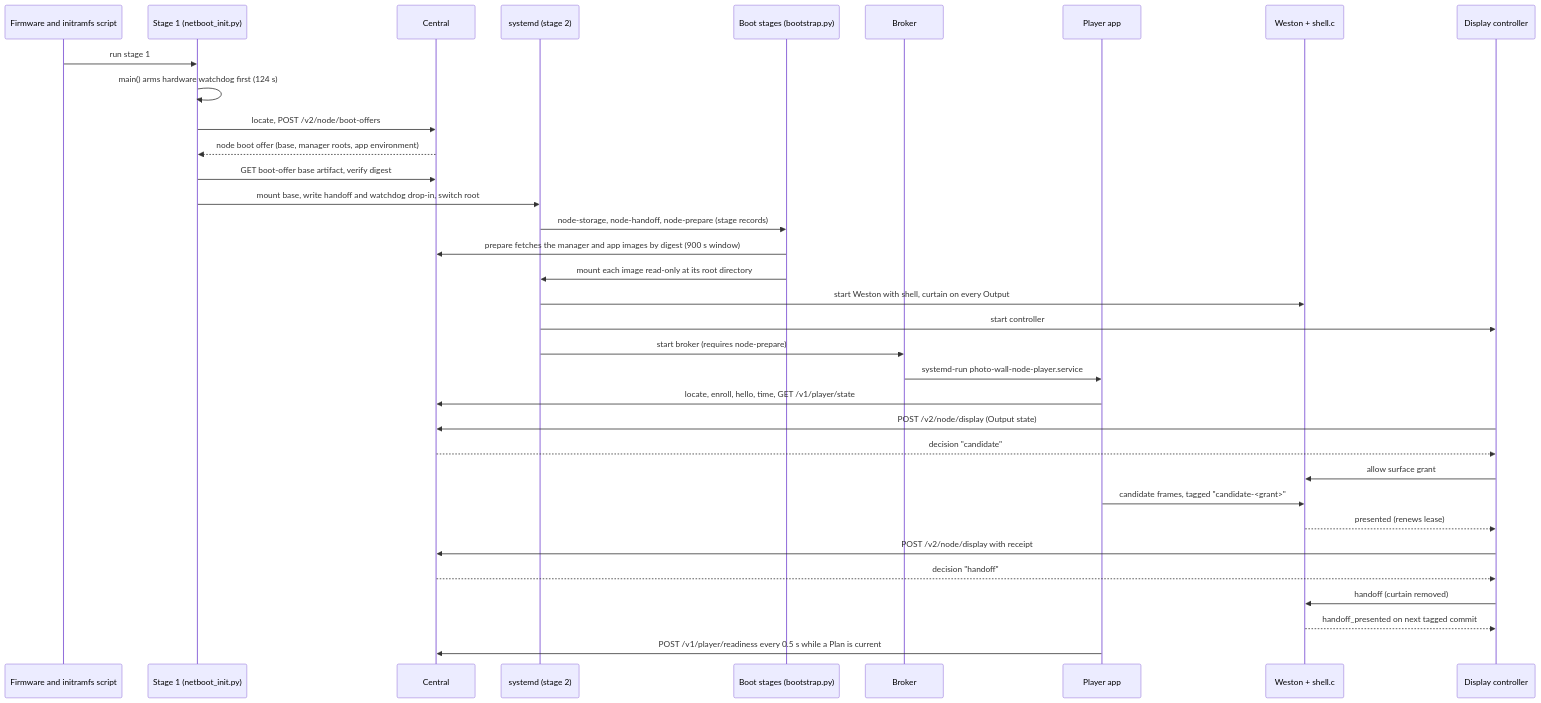
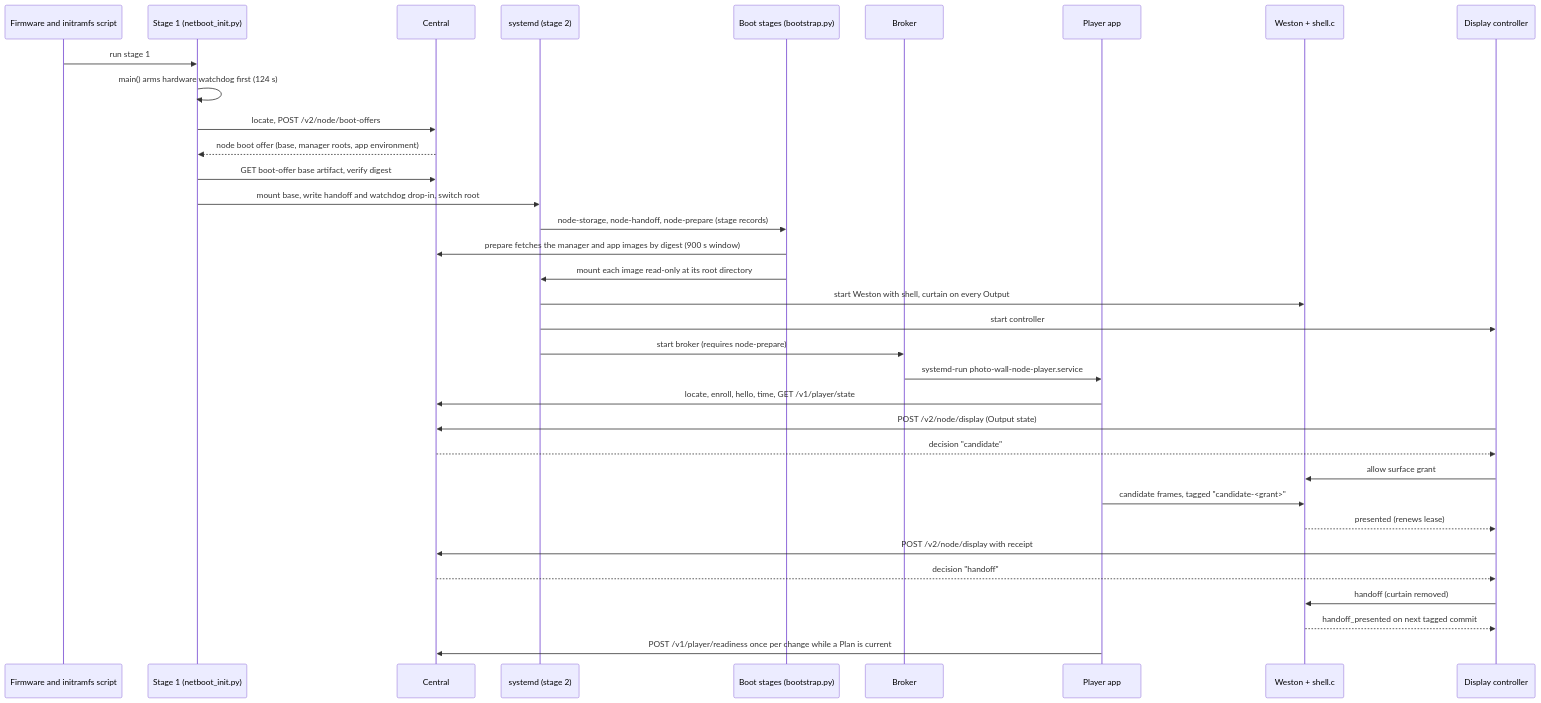
The second of 6 diagrams in docs/player-architecture.md (mcurcio/photo-wall), drawn with Mermaid before and after one commit. The commit also changed other lines of this file and 32 other files, not shown here.

````diff
--- a/docs/player-architecture.md
+++ b/docs/player-architecture.md
@@ -89,36 +89,36 @@
 ```mermaid
 sequenceDiagram
     participant FW as Firmware and initramfs script
     participant S1 as Stage 1 (netboot_init.py)
     participant C as Central
     participant PID1 as systemd (stage 2)
     participant BS as Boot stages (bootstrap.py)
     participant BR as Broker
     participant PL as Player app
     participant SH as Weston + shell.c
     participant DC as Display controller
     FW->>S1: run stage 1
     S1->>S1: main() arms hardware watchdog first (124 s)
     S1->>C: locate, POST /v2/node/boot-offers
     C-->>S1: node boot offer (base, manager roots, app environment)
     S1->>C: GET boot-offer base artifact, verify digest
     S1->>PID1: mount base, write handoff and watchdog drop-in, switch root
     PID1->>BS: node-storage, node-handoff, node-prepare (stage records)
     BS->>C: prepare fetches the manager and app images by digest (900 s window)
     BS->>PID1: mount each image read-only at its root directory
     PID1->>SH: start Weston with shell, curtain on every Output
     PID1->>DC: start controller
     PID1->>BR: start broker (requires node-prepare)
     BR->>PL: systemd-run photo-wall-node-player.service
     PL->>C: locate, enroll, hello, time, GET /v1/player/state
     DC->>C: POST /v2/node/display (Output state)
     C-->>DC: decision "candidate"
     DC->>SH: allow surface grant
     PL->>SH: candidate frames, tagged "candidate-<grant>"
     SH-->>DC: presented (renews lease)
     DC->>C: POST /v2/node/display with receipt
     C-->>DC: decision "handoff"
     DC->>SH: handoff (curtain removed)
     SH-->>DC: handoff_presented on next tagged commit
-    PL->>C: POST /v1/player/readiness every 0.5 s while a Plan is current
+    PL->>C: POST /v1/player/readiness once per change while a Plan is current
 ```
````
